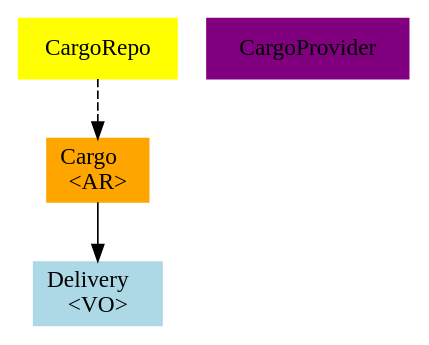
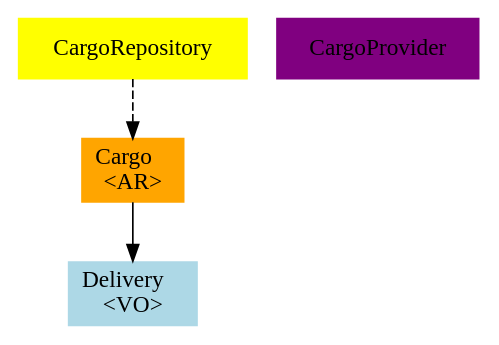
Before and after one commit to newlee/tequila: the diagram in examples/cargo-problem.dot, drawn with Graphviz. The commit also changed 2 other files, not shown here.

```diff
--- a/examples/cargo-problem.dot
+++ b/examples/cargo-problem.dot
@@ -1,10 +1,10 @@
 digraph g {
 	node[style = filled, color = orange];
 
 	Cargo[label="Cargo\l<AR>", comment=AR, shape=box]
 	Delivery[label="Delivery\l<VO>", comment=VO, shape=box, color=lightblue]
-	CargoRepo[label="CargoRepo", comment=Repo, shape=box, color=yellow]
+	CargoRepository[label="CargoRepository", comment=Repo, shape=box, color=yellow]
 	CargoProvider[label="CargoProvider", comment=Provider, shape=box, color=purple]
 	Cargo -> Delivery
-	CargoRepo -> Cargo[style="dashed"]
+	CargoRepository -> Cargo[style="dashed"]
 }
```
